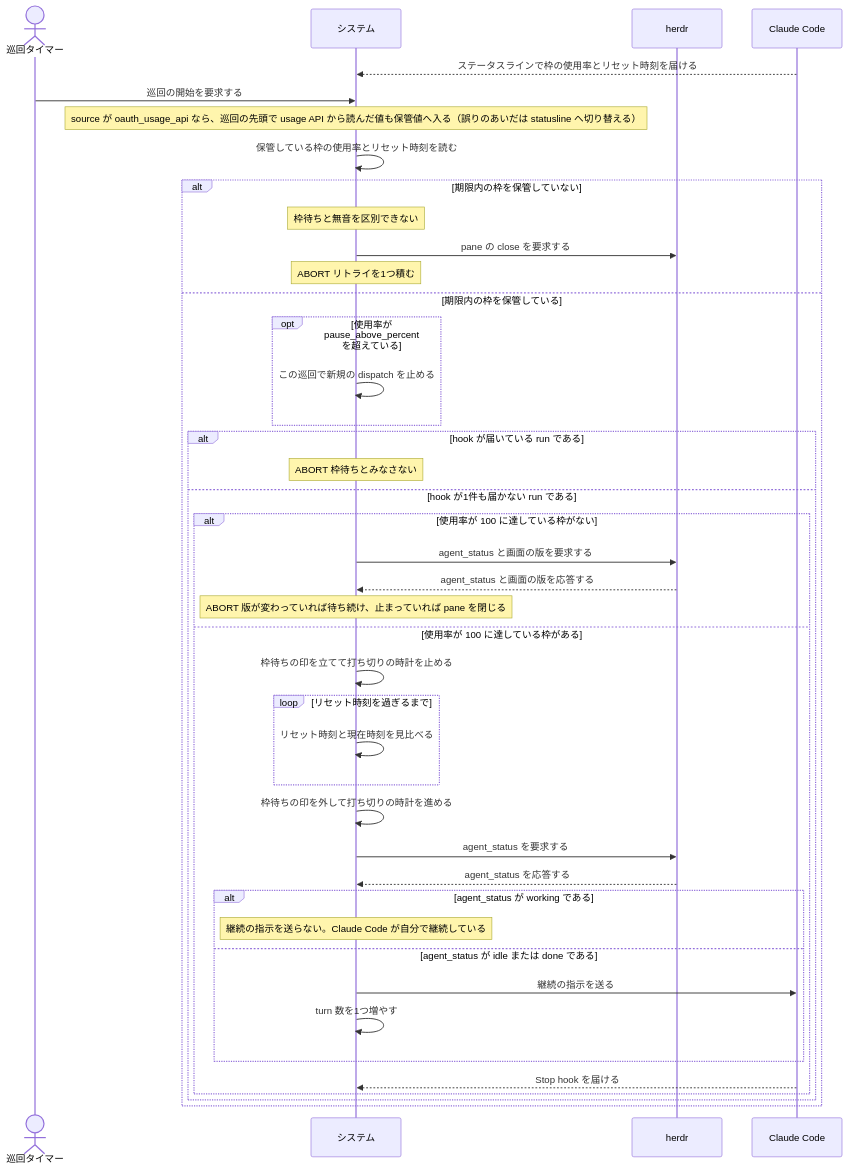
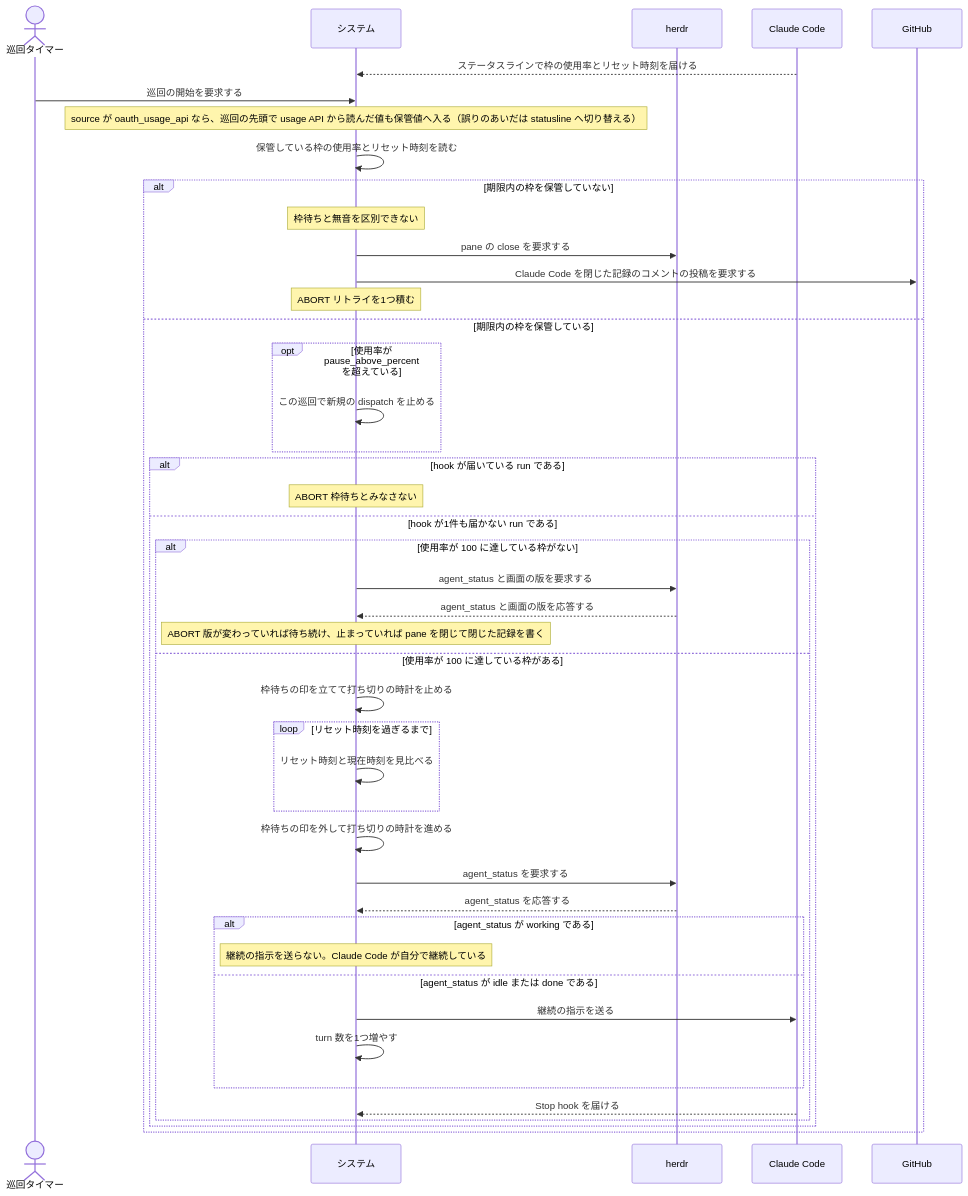
The second of 2 diagrams in docs/spec/usecases/particular_case/レートリミットで待って再開する.rucm.md (maimuzo/continuo), drawn with Mermaid before and after one commit. The commit also changed other lines of this file and 84 other files, not shown here.

First line of the commit message:
人間が issue に書いた許可を最初のメッセージに付けて渡す Claude Code を閉じるたびに閉じた記録を書き、その記録より後に信頼できる立場の人間が書いたコメントを次の起動で渡す

````diff
--- a/docs/spec/usecases/particular_case/レートリミットで待って再開する.rucm.md
+++ b/docs/spec/usecases/particular_case/レートリミットで待って再開する.rucm.md
@@ -206,45 +210,47 @@
 ```mermaid
 sequenceDiagram
     actor T as 巡回タイマー
     participant S as システム
     participant H as herdr
     participant CC as Claude Code
+    participant GH as GitHub
 
     CC-->>S: ステータスラインで枠の使用率とリセット時刻を届ける
     T->>S: 巡回の開始を要求する
     Note over S: source が oauth_usage_api なら、巡回の先頭で usage API から読んだ値も保管値へ入る（誤りのあいだは statusline へ切り替える）
     S->>S: 保管している枠の使用率とリセット時刻を読む
     alt 期限内の枠を保管していない
         Note over S: 枠待ちと無音を区別できない
         S->>H: pane の close を要求する
+        S->>GH: Claude Code を閉じた記録のコメントの投稿を要求する
         Note over S: ABORT リトライを1つ積む
     else 期限内の枠を保管している
         opt 使用率が pause_above_percent を超えている
             S->>S: この巡回で新規の dispatch を止める
         end
         alt hook が届いている run である
             Note over S: ABORT 枠待ちとみなさない
         else hook が1件も届かない run である
             alt 使用率が 100 に達している枠がない
                 S->>H: agent_status と画面の版を要求する
                 H-->>S: agent_status と画面の版を応答する
-                Note over S: ABORT 版が変わっていれば待ち続け、止まっていれば pane を閉じる
+                Note over S: ABORT 版が変わっていれば待ち続け、止まっていれば pane を閉じて閉じた記録を書く
             else 使用率が 100 に達している枠がある
                 S->>S: 枠待ちの印を立てて打ち切りの時計を止める
                 loop リセット時刻を過ぎるまで
                     S->>S: リセット時刻と現在時刻を見比べる
                 end
                 S->>S: 枠待ちの印を外して打ち切りの時計を進める
                 S->>H: agent_status を要求する
                 H-->>S: agent_status を応答する
                 alt agent_status が working である
                     Note over S: 継続の指示を送らない。Claude Code が自分で継続している
                 else agent_status が idle または done である
                     S->>CC: 継続の指示を送る
                     S->>S: turn 数を1つ増やす
                 end
                 CC-->>S: Stop hook を届ける
             end
         end
     end
 ```
````
